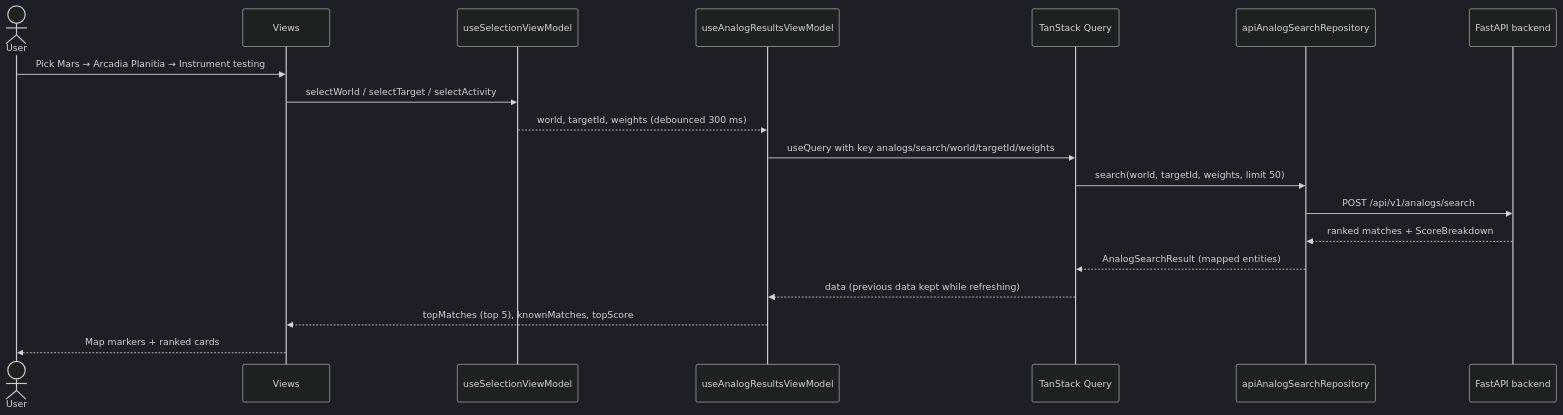
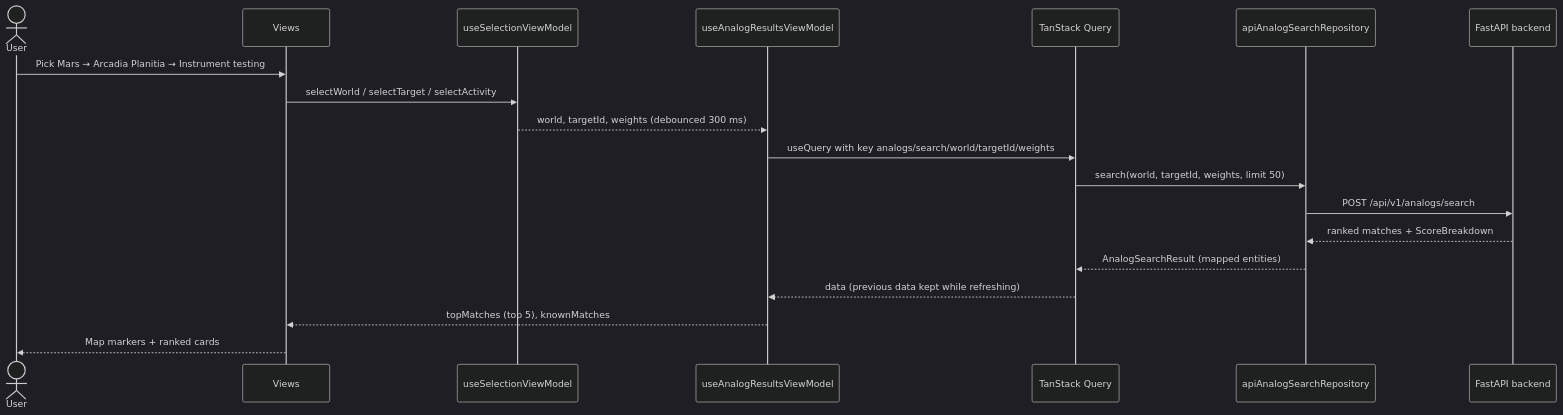
Before and after one commit to KryzAle/analog-terrax-frontend: the fourth of 8 diagrams in README.md, drawn with Mermaid (dark theme). The commit also changed 8 other files, not shown here.

````diff
--- a/README.md
+++ b/README.md
@@ -226,22 +226,22 @@
 ```mermaid
 sequenceDiagram
     actor U as User
     participant V as Views
     participant SVM as useSelectionViewModel
     participant RVM as useAnalogResultsViewModel
     participant Q as TanStack Query
     participant R as apiAnalogSearchRepository
     participant API as FastAPI backend
 
     U->>V: Pick Mars → Arcadia Planitia → Instrument testing
     V->>SVM: selectWorld / selectTarget / selectActivity
     SVM-->>RVM: world, targetId, weights (debounced 300 ms)
     RVM->>Q: useQuery with key analogs/search/world/targetId/weights
     Q->>R: search(world, targetId, weights, limit 50)
     R->>API: POST /api/v1/analogs/search
     API-->>R: ranked matches + ScoreBreakdown
     R-->>Q: AnalogSearchResult (mapped entities)
     Q-->>RVM: data (previous data kept while refreshing)
-    RVM-->>V: topMatches (top 5), knownMatches, topScore
+    RVM-->>V: topMatches (top 5), knownMatches
     V-->>U: Map markers + ranked cards
 ```
````
